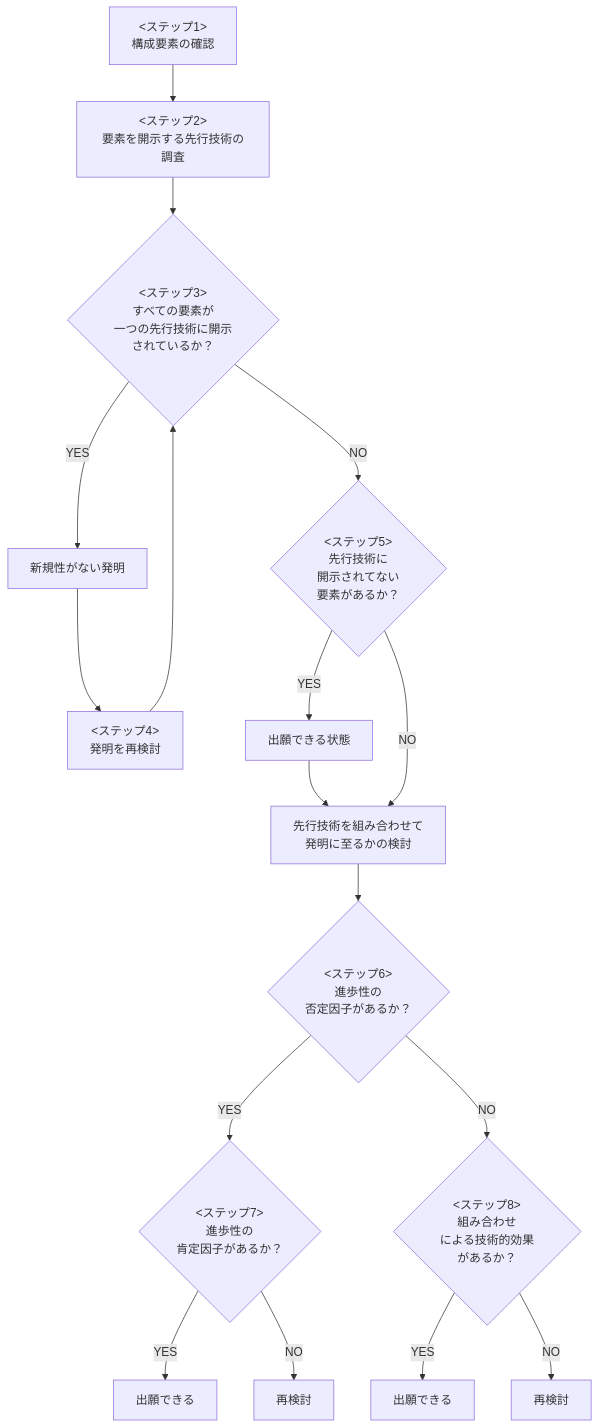
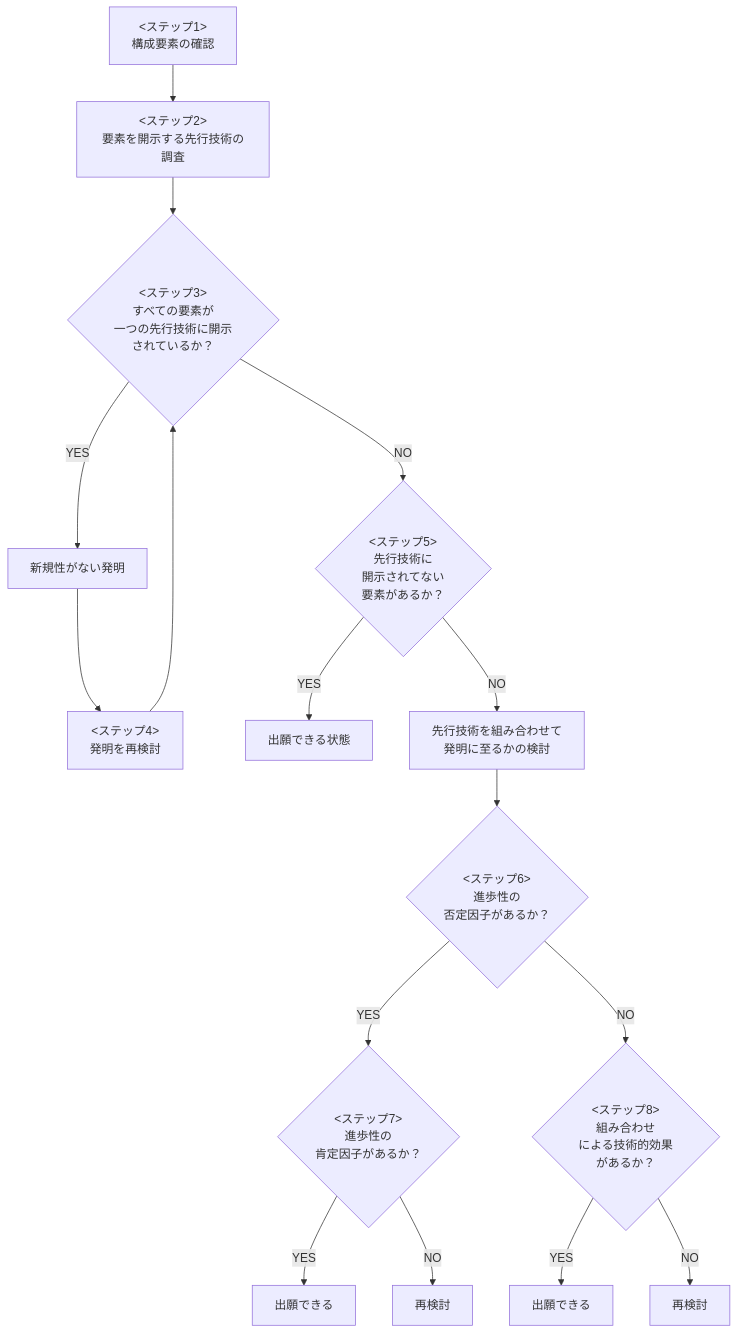
The diagram in note.md (namtoki/patent), drawn with Mermaid before and after one commit.

````diff
--- a/note.md
+++ b/note.md
@@ -107,36 +107,35 @@
 ```mermaid
 flowchart TD
     S1["<ステップ1><br>構成要素の確認"]
     S2["<ステップ2><br>要素を開示する先行技術の調査"]
     S3{"<ステップ3><br>すべての要素が<br>一つの先行技術に開示<br>されているか？"}
     S4["<ステップ4><br>発明を再検討"]
     S5{"<ステップ5><br>先行技術に<br>開示されてない<br>要素があるか？"}
     S6{"<ステップ6><br>進歩性の<br>否定因子があるか？"}
     S7{"<ステップ7><br>進歩性の<br>肯定因子があるか？"}
     S8{"<ステップ8><br>組み合わせ<br>による技術的効果<br>があるか？"}
 
     NoNovelty["新規性がない発明"]
     Ready["出願できる状態"]
     Combine["先行技術を組み合わせて<br>発明に至るかの検討"]
     OK1["出願できる"]
     OK2["出願できる"]
     NG1["再検討"]
     NG2["再検討"]
 
     S1 --> S2
     S2 --> S3
     S3 -->|YES| NoNovelty
     NoNovelty --> S4
     S4 --> S3
     S3 -->|NO| S5
     S5 -->|YES| Ready
-    Ready --> Combine
     S5 -->|NO| Combine
     Combine --> S6
     S6 -->|YES| S7
     S6 -->|NO| S8
     S7 -->|YES| OK1
     S7 -->|NO| NG1
     S8 -->|YES| OK2
     S8 -->|NO| NG2
 ```
````
